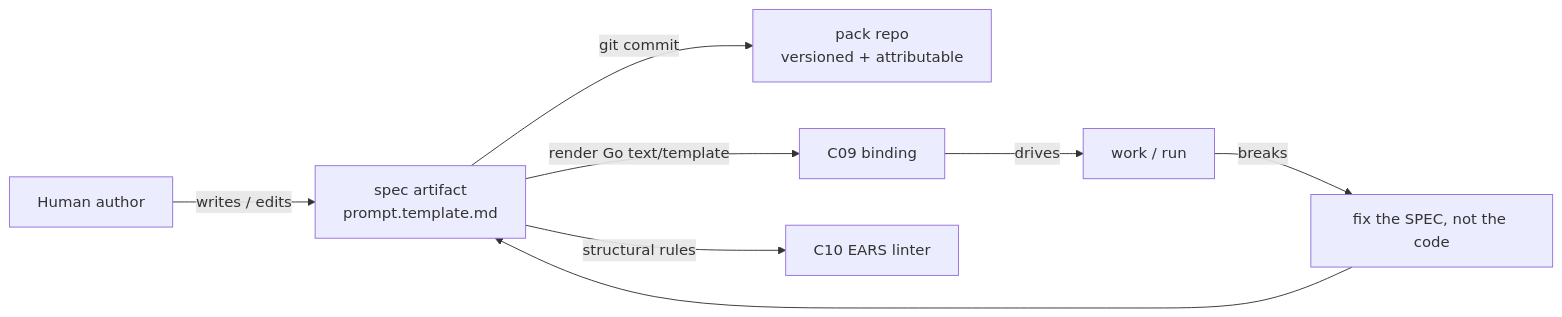
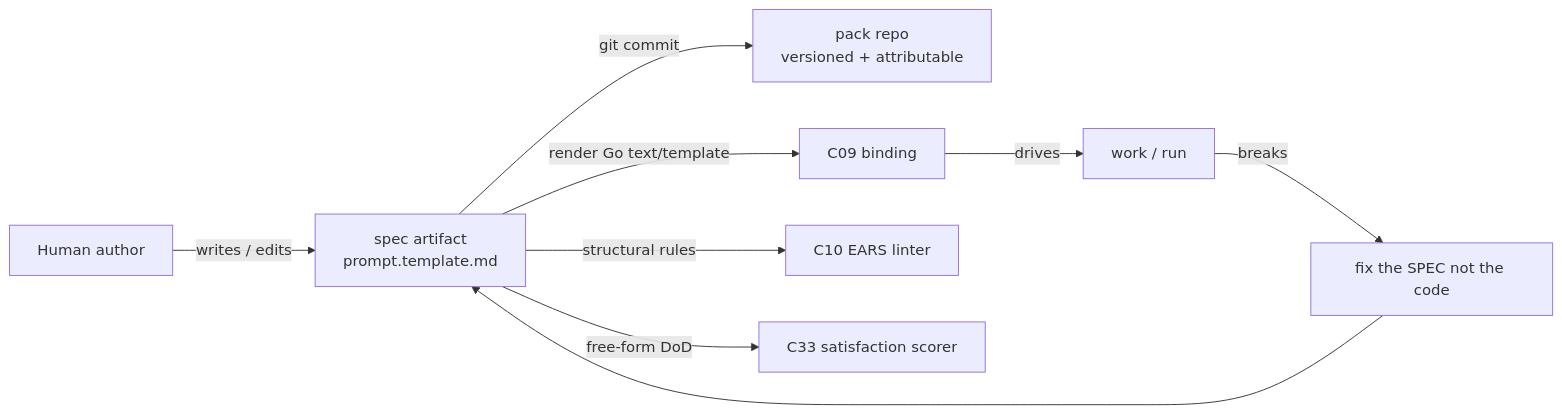
Before and after one commit to lago-morph/software-factory: the first of 2 diagrams in architectures/v4/spec/C08-spec-artifact.md, drawn with Mermaid. The commit also changed other lines of this file and 3 other files, not shown here.

````diff
--- a/architectures/v4/spec/C08-spec-artifact.md
+++ b/architectures/v4/spec/C08-spec-artifact.md
@@ -83,10 +130,11 @@
 ```mermaid
 flowchart LR
     H[Human author] -->|writes / edits| S[spec artifact<br/>prompt.template.md]
     S -->|git commit| G[pack repo<br/>versioned + attributable]
     S -->|render Go text/template| C09[C09 binding]
     S -->|structural rules| C10[C10 EARS linter]
+    S -->|free-form DoD| C33[C33 satisfaction scorer]
     C09 -->|drives| W[work / run]
-    W -->|breaks| FIX[fix the SPEC, not the code]
+    W -->|breaks| FIX[fix the SPEC not the code]
     FIX --> S
 ```
````
